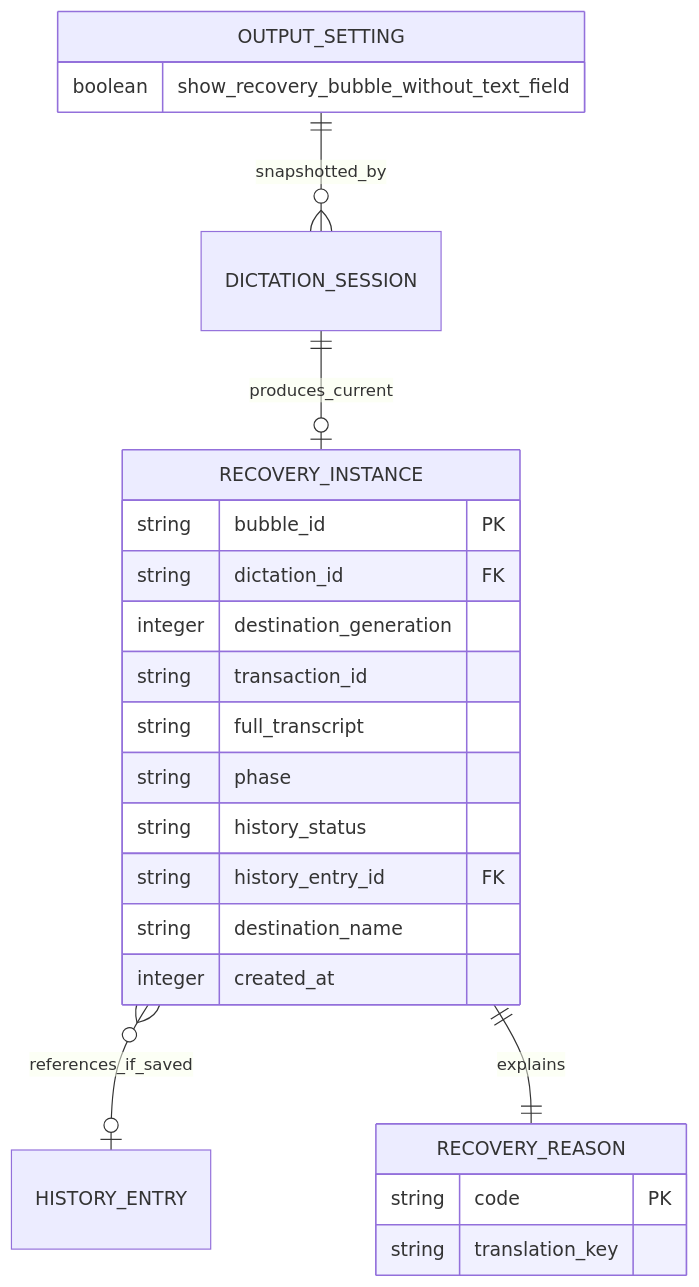
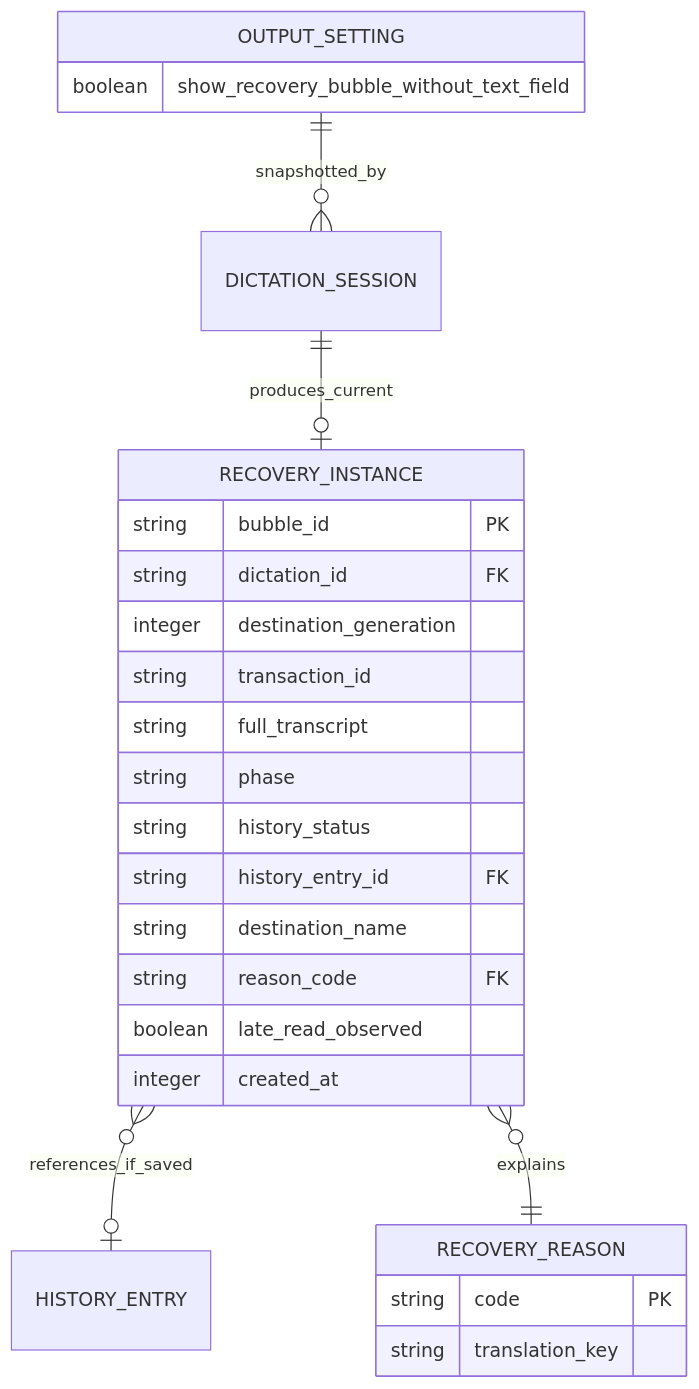
One commit to julien-m/handy changed the fourth of 4 diagrams in .specs/features/010-recovery-bubble/plan.md. Above: the diagram before and after it, drawn with Mermaid. The commit also changed other lines of this file and 2 other files, not shown here.

````diff
--- a/.specs/features/010-recovery-bubble/plan.md
+++ b/.specs/features/010-recovery-bubble/plan.md
@@ -383,26 +413,28 @@
 ```mermaid
 erDiagram
   DICTATION_SESSION ||--o| RECOVERY_INSTANCE : produces_current
   RECOVERY_INSTANCE }o--o| HISTORY_ENTRY : references_if_saved
-  RECOVERY_INSTANCE ||--|| RECOVERY_REASON : explains
+  RECOVERY_INSTANCE }o--|| RECOVERY_REASON : explains
   OUTPUT_SETTING ||--o{ DICTATION_SESSION : snapshotted_by
   RECOVERY_INSTANCE {
     string bubble_id PK
     string dictation_id FK
     integer destination_generation
     string transaction_id
     string full_transcript
     string phase
     string history_status
     string history_entry_id FK
     string destination_name
+    string reason_code FK
+    boolean late_read_observed
     integer created_at
   }
   RECOVERY_REASON {
     string code PK
     string translation_key
   }
   OUTPUT_SETTING {
     boolean show_recovery_bubble_without_text_field
   }
 ```
````
